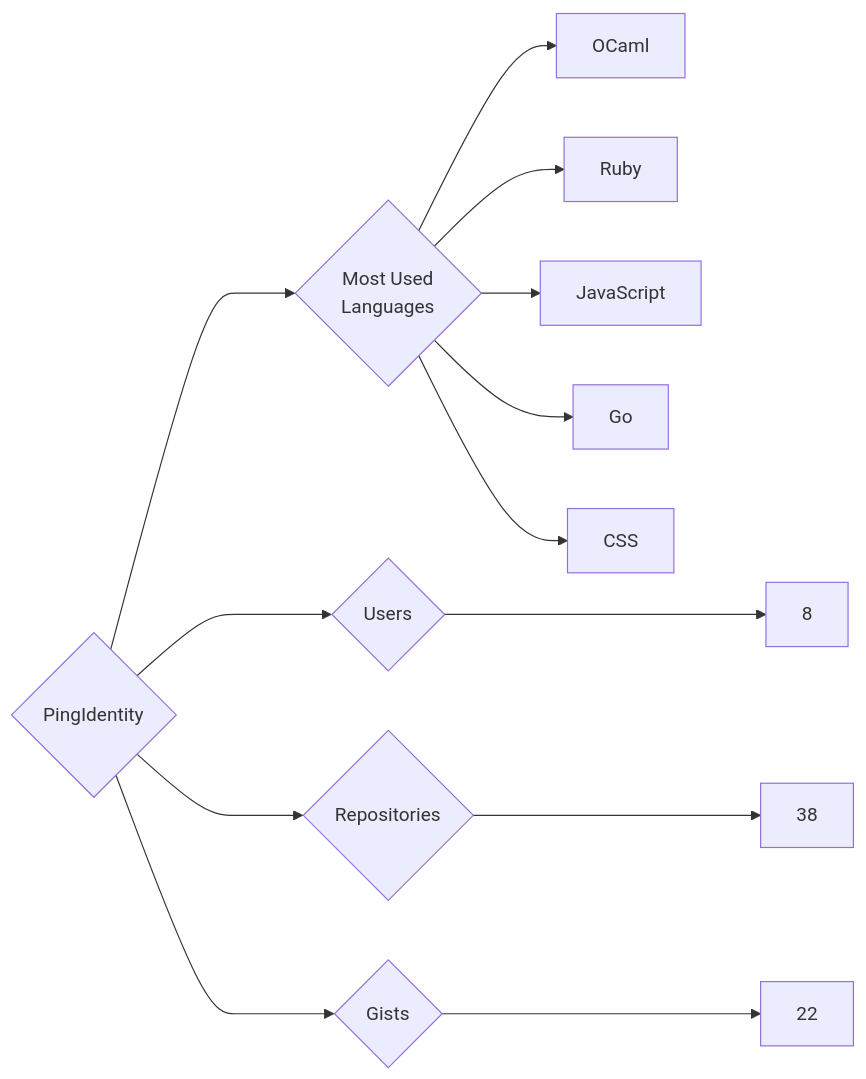
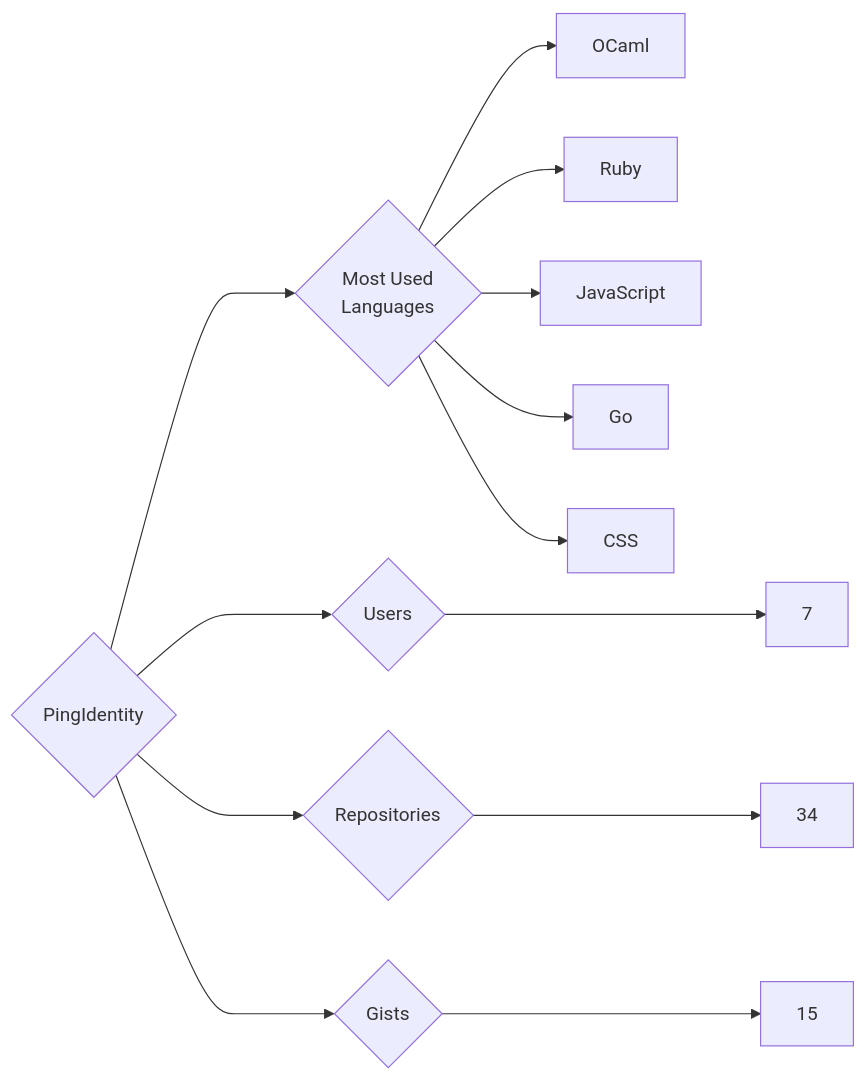
Before and after one commit to trickest/insiders: the diagram in targets/PingIdentity/README.md, drawn with Mermaid. The commit also changed 1479 other files, not shown here.

````diff
--- a/targets/PingIdentity/README.md
+++ b/targets/PingIdentity/README.md
@@ -3,13 +3,13 @@
 ```mermaid
 graph LR
 COMPANY_NAME{PingIdentity}
-COMPANY_NAME ---> U{Users} ---> UN[8]
-COMPANY_NAME ---> R{Repositories} ---> RN[38]
-COMPANY_NAME ---> G{Gists} ---> GN[22]
+COMPANY_NAME ---> U{Users} ---> UN[7]
+COMPANY_NAME ---> R{Repositories} ---> RN[34]
+COMPANY_NAME ---> G{Gists} ---> GN[15]
 COMPANY_NAME ---> ML{Most Used<br>Languages}
 ML --> OCaml[OCaml]
 ML --> Ruby[Ruby]
 ML --> JavaScript[JavaScript]
 ML --> Go[Go]
 ML --> CSS[CSS]
 ```
````
